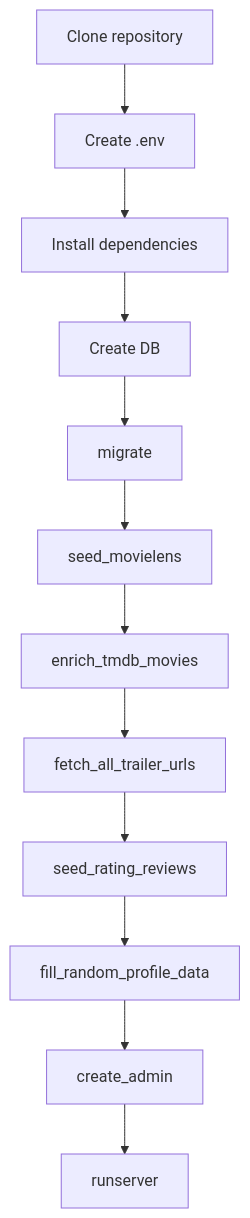
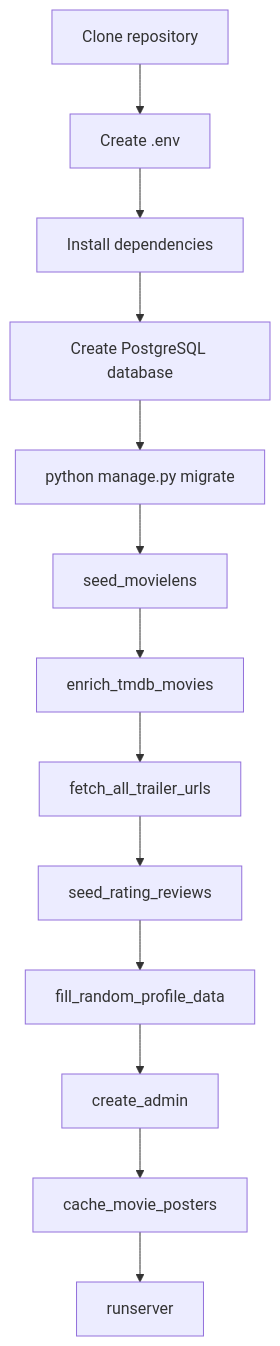
Before and after one commit to Rakhimboyev-FerUzbek/movie_recommender_dissertation: the diagram in docs/diagrams/bootstrap_flow.mmd, drawn with Mermaid. The commit also changed 12 other files, not shown here.

```diff
--- a/docs/diagrams/bootstrap_flow.mmd
+++ b/docs/diagrams/bootstrap_flow.mmd
@@ -1,12 +1,13 @@
 flowchart TD
     A[Clone repository] --> B[Create .env]
     B --> C[Install dependencies]
-    C --> D[Create DB]
-    D --> E[migrate]
+    C --> D[Create PostgreSQL database]
+    D --> E[python manage.py migrate]
     E --> F[seed_movielens]
     F --> G[enrich_tmdb_movies]
     G --> H[fetch_all_trailer_urls]
     H --> I[seed_rating_reviews]
     I --> J[fill_random_profile_data]
     J --> K[create_admin]
-    K --> L[runserver]
+    K --> L[cache_movie_posters]
+    L --> M[runserver]
```
